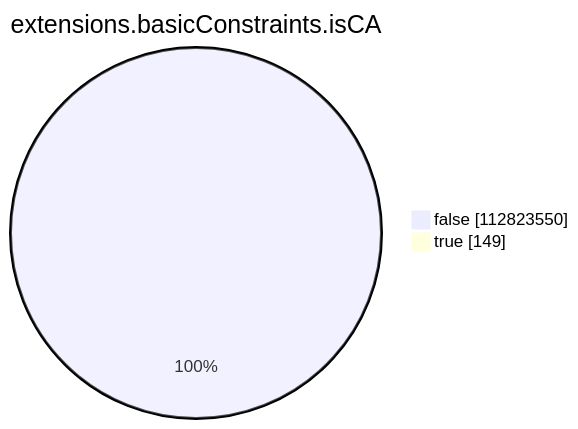
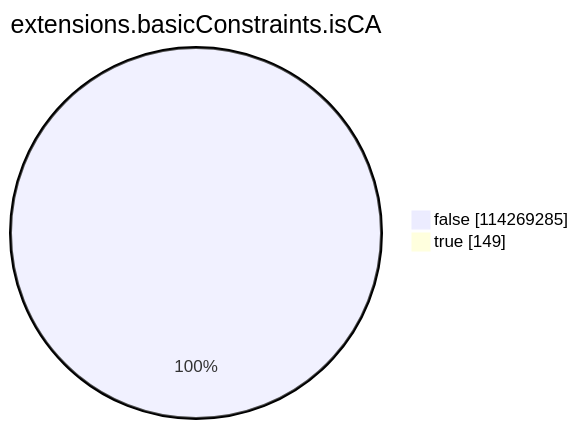
The seventh of 15 diagrams in xenon2023/README.md (christiankrug/ctmonitor_visualization), drawn with Mermaid before and after one commit. The commit also changed other lines of this file, not shown here.

````diff
--- a/xenon2023/README.md
+++ b/xenon2023/README.md
@@ -2143,6 +2145,6 @@
 ```mermaid
 pie showData
 title extensions.basicConstraints.isCA
-"false" :112823550
+"false" :114269285
 "true" :149
 ```
````
